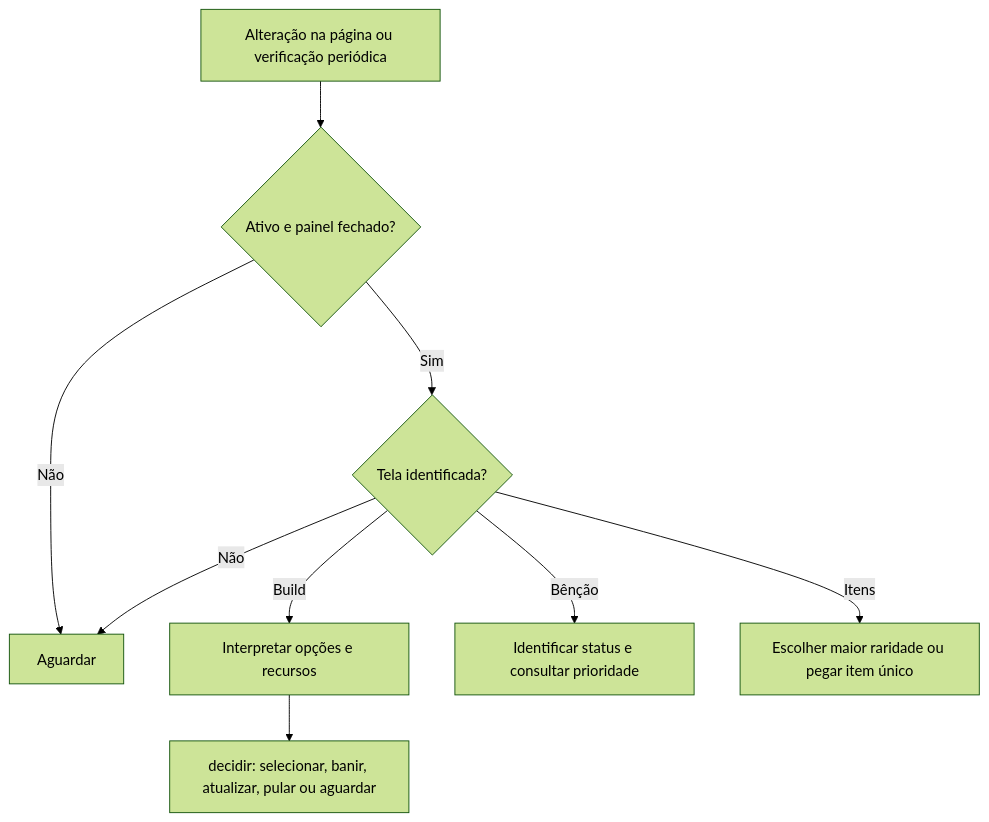
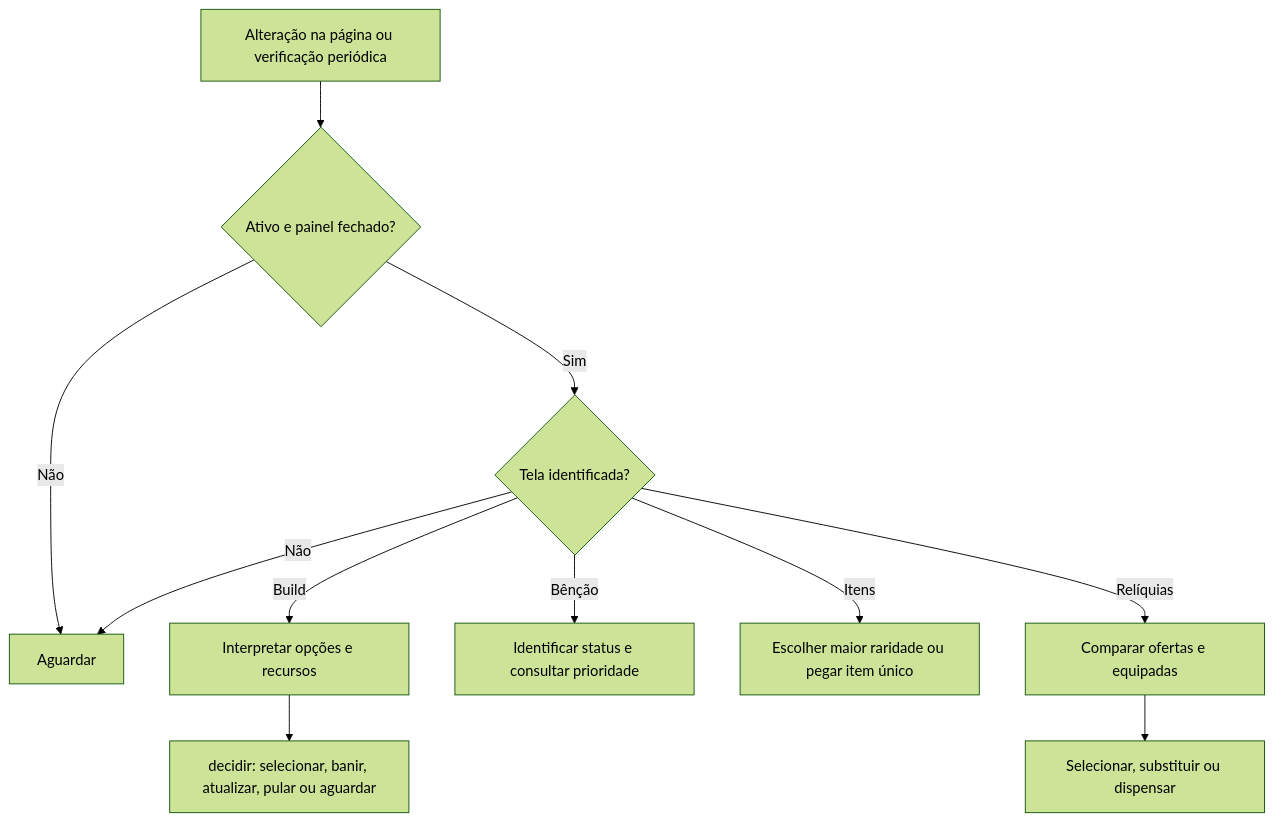
One commit to guilhermehpmoraes/pokebonk-auto changed the diagram in docs/flows.md. Above: the diagram before and after it, drawn with Mermaid (forest theme). The commit also changed other lines of this file and 10 other files, not shown here.

````diff
--- a/docs/flows.md
+++ b/docs/flows.md
@@ -3,11 +3,13 @@
 ```mermaid
 flowchart TD
   A[Alteração na página ou verificação periódica] --> B{Ativo e painel fechado?}
   B -- Não --> W[Aguardar]
   B -- Sim --> C{Tela identificada?}
   C -- Build --> D[Interpretar opções e recursos]
   D --> E[decidir: selecionar, banir, atualizar, pular ou aguardar]
   C -- Bênção --> F[Identificar status e consultar prioridade]
   C -- Itens --> G[Escolher maior raridade ou pegar item único]
+  C -- Relíquias --> H[Comparar ofertas e equipadas]
+  H --> I[Selecionar, substituir ou dispensar]
   C -- Não --> W
 ```
````
